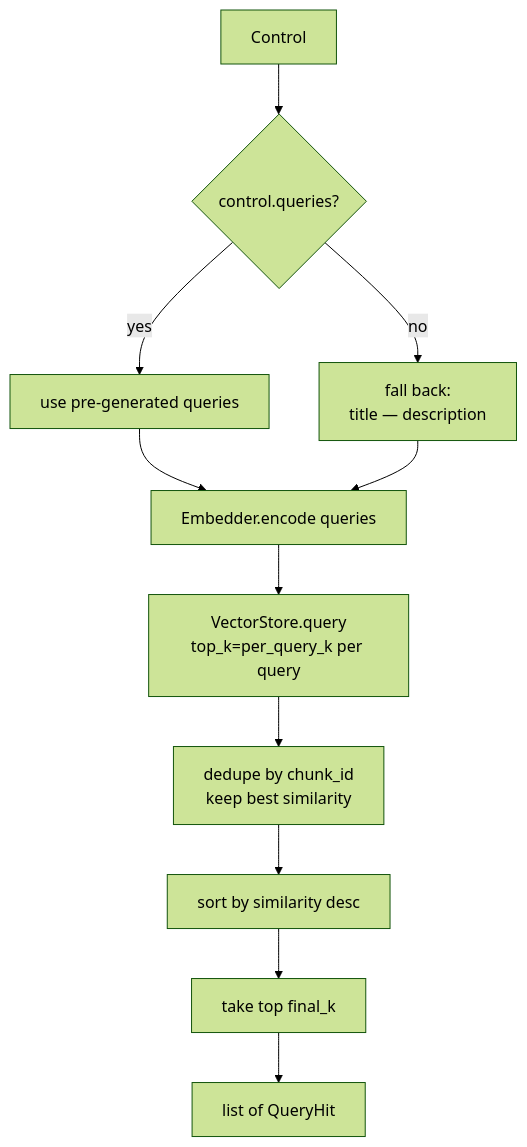
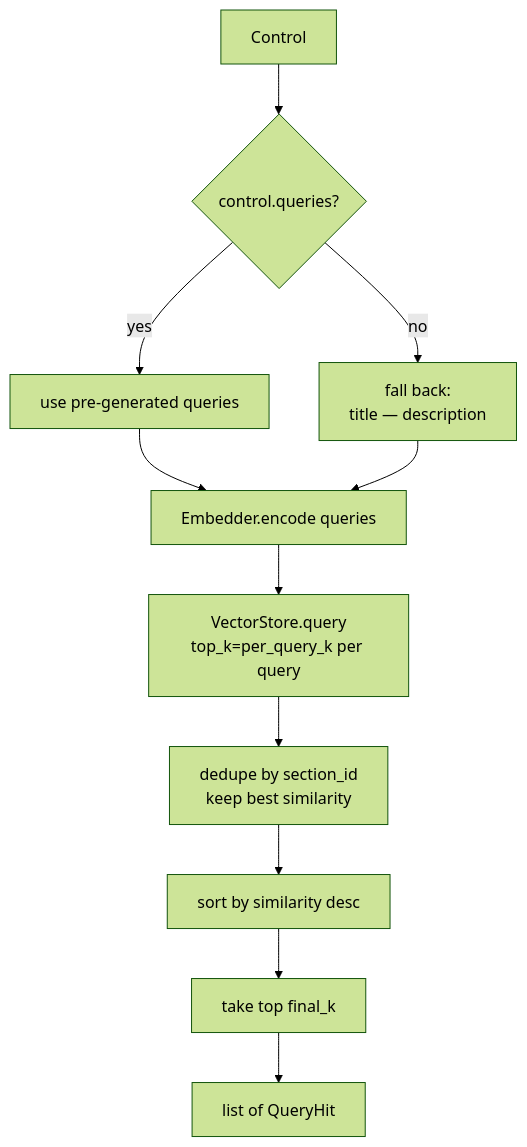
The fifth of 9 diagrams in docs/architecture.md (antoinebon/ai-auditor), drawn with Mermaid (forest theme) before and after one commit. The commit also changed other lines of this file and 2 other files, not shown here.

````diff
--- a/docs/architecture.md
+++ b/docs/architecture.md
@@ -422,13 +433,13 @@
 ```mermaid
 flowchart TD
     C[Control] --> Q{control.queries?}
     Q -->|yes| QS[use pre-generated queries]
     Q -->|no| QF["fall back:<br/>title — description"]
     QS --> E[Embedder.encode queries]
     QF --> E
     E --> V[VectorStore.query<br/>top_k=per_query_k per query]
-    V --> D[dedupe by chunk_id<br/>keep best similarity]
+    V --> D[dedupe by section_id<br/>keep best similarity]
     D --> S[sort by similarity desc]
     S --> T[take top final_k]
     T --> H[list of QueryHit]
 ```
````
